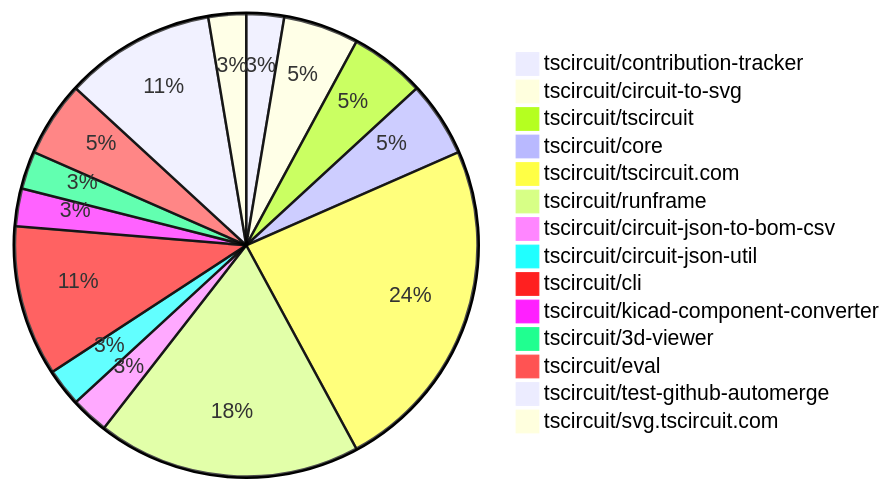
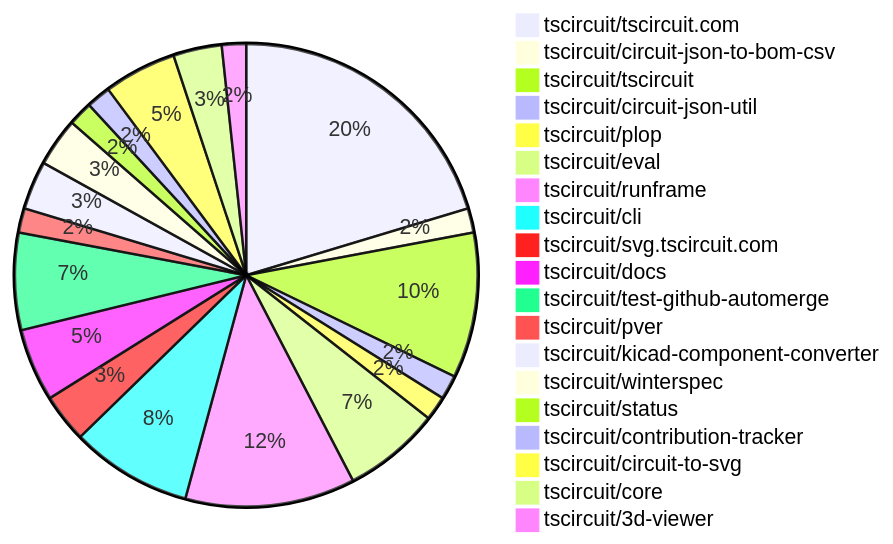
Before and after one commit to tscircuit/contribution-tracker: the first of 2 diagrams in README.md, drawn with Mermaid. The commit also changed other lines of this file and 3 other files, not shown here.

````diff
--- a/README.md
+++ b/README.md
@@ -29,17 +29,22 @@
 ```mermaid
 pie
+    "tscircuit/tscircuit.com" : 12
+    "tscircuit/circuit-json-to-bom-csv" : 1
+    "tscircuit/tscircuit" : 6
+    "tscircuit/circuit-json-util" : 1
+    "tscircuit/plop" : 1
+    "tscircuit/eval" : 4
+    "tscircuit/runframe" : 7
+    "tscircuit/cli" : 5
+    "tscircuit/svg.tscircuit.com" : 2
+    "tscircuit/docs" : 3
+    "tscircuit/test-github-automerge" : 4
+    "tscircuit/pver" : 1
+    "tscircuit/kicad-component-converter" : 2
+    "tscircuit/winterspec" : 2
+    "tscircuit/status" : 1
     "tscircuit/contribution-tracker" : 1
-    "tscircuit/circuit-to-svg" : 2
-    "tscircuit/tscircuit" : 2
+    "tscircuit/circuit-to-svg" : 3
     "tscircuit/core" : 2
-    "tscircuit/tscircuit.com" : 9
-    "tscircuit/runframe" : 7
-    "tscircuit/circuit-json-to-bom-csv" : 1
-    "tscircuit/circuit-json-util" : 1
-    "tscircuit/cli" : 4
-    "tscircuit/kicad-component-converter" : 1
     "tscircuit/3d-viewer" : 1
-    "tscircuit/eval" : 2
-    "tscircuit/test-github-automerge" : 4
-    "tscircuit/svg.tscircuit.com" : 1
 ```
````
